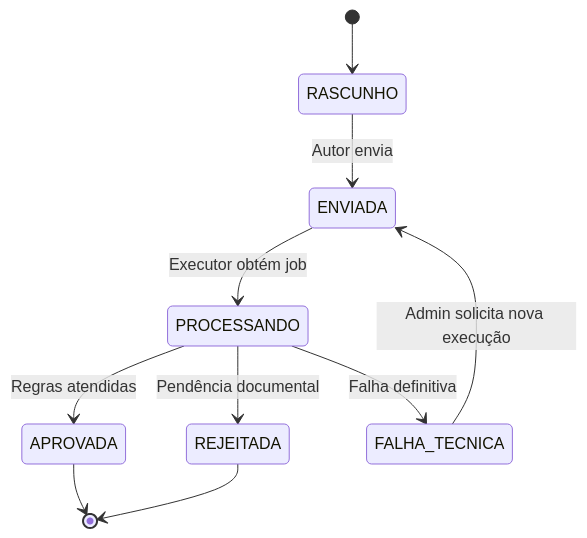
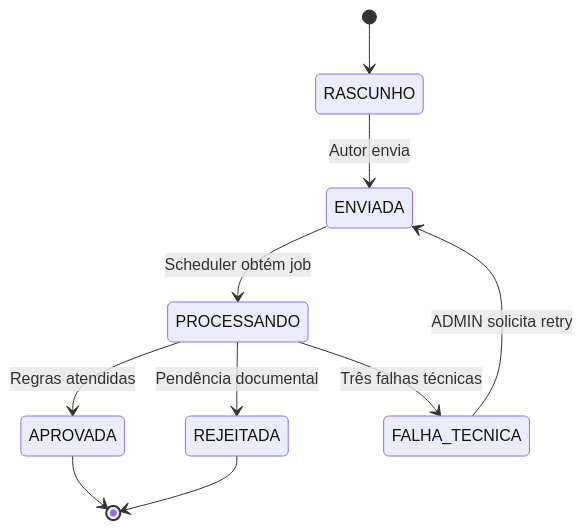
The fourth of 4 diagrams in docs/CaseFlow-Arquitetura-Pratica.md (mari-paz-ft/caseflow), drawn with Mermaid before and after one commit. The commit also changed other lines of this file and 178 other files, not shown here.

````diff
--- a/docs/CaseFlow-Arquitetura-Pratica.md
+++ b/docs/CaseFlow-Arquitetura-Pratica.md
@@ -343,12 +272,12 @@
 ```mermaid
 stateDiagram-v2
     [*] --> RASCUNHO
     RASCUNHO --> ENVIADA: Autor envia
-    ENVIADA --> PROCESSANDO: Executor obtém job
+    ENVIADA --> PROCESSANDO: Scheduler obtém job
     PROCESSANDO --> APROVADA: Regras atendidas
     PROCESSANDO --> REJEITADA: Pendência documental
-    PROCESSANDO --> FALHA_TECNICA: Falha definitiva
-    FALHA_TECNICA --> ENVIADA: Admin solicita nova execução
+    PROCESSANDO --> FALHA_TECNICA: Três falhas técnicas
+    FALHA_TECNICA --> ENVIADA: ADMIN solicita retry
     APROVADA --> [*]
     REJEITADA --> [*]
 ```
````
